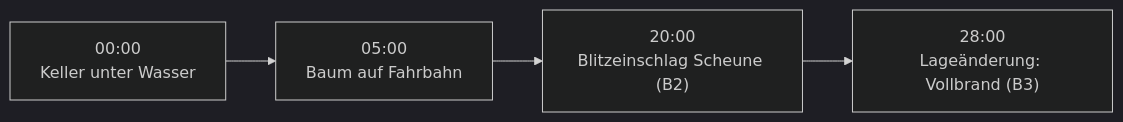
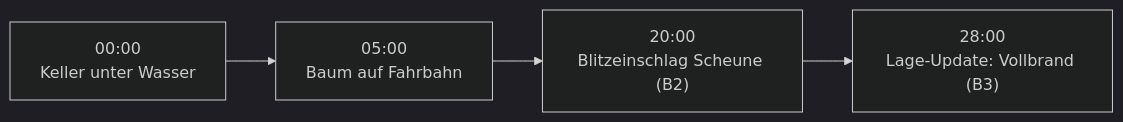
Before and after one commit to kventil/fireboard-alarm-simulator-releases: the third of 4 diagrams in README.md, drawn with Mermaid (dark theme). The commit also changed other lines of this file and 10 other files, not shown here.

````diff
--- a/README.md
+++ b/README.md
@@ -240,4 +265,4 @@
 ```mermaid
 flowchart LR
-    T0["00:00<br/>Keller unter Wasser"] --> T5["05:00<br/>Baum auf Fahrbahn"] --> T20["20:00<br/>Blitzeinschlag Scheune (B2)"] --> T28["28:00<br/>Lageänderung: Vollbrand (B3)"]
+    T0["00:00<br/>Keller unter Wasser"] --> T5["05:00<br/>Baum auf Fahrbahn"] --> T20["20:00<br/>Blitzeinschlag Scheune (B2)"] --> T28["28:00<br/>Lage-Update: Vollbrand (B3)"]
 ```
````
